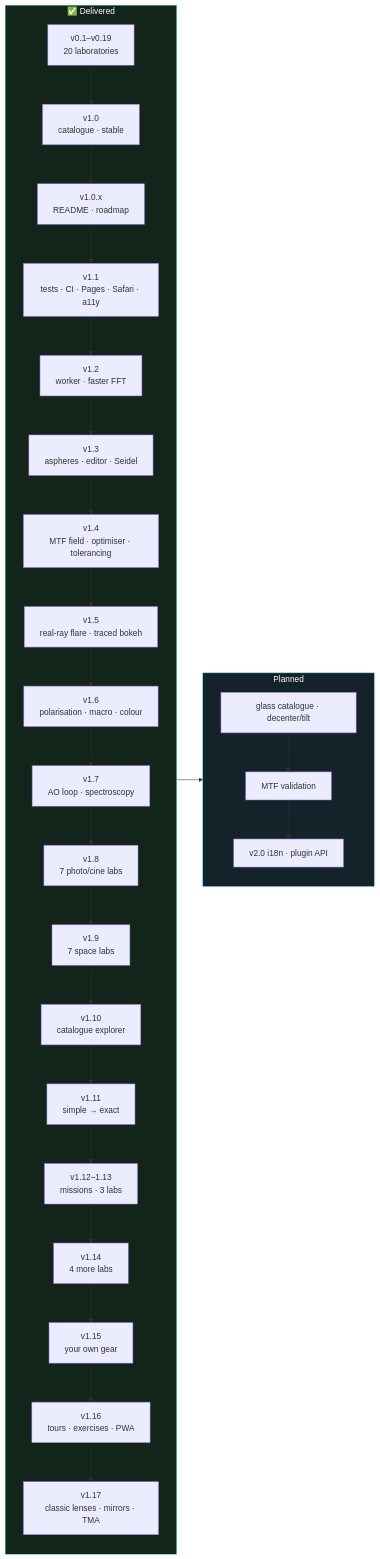
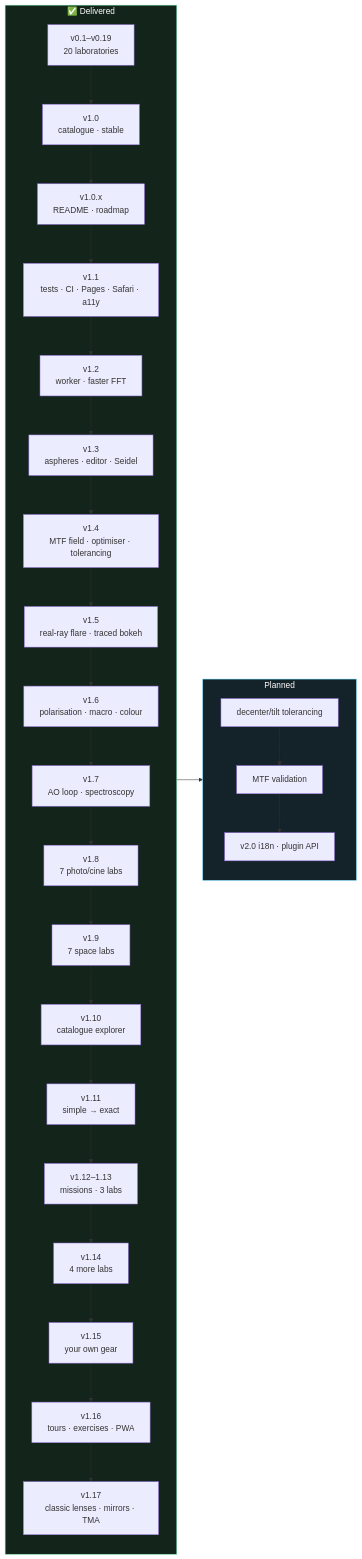
One commit to iiogurt/Optica_Viva changed the diagram in ROADMAP.md. Above: the diagram before and after it, drawn with Mermaid. The commit also changed other lines of this file and 14 other files, not shown here.

First line of the commit message:
feat(glass): 431-glass SCHOTT, OHARA and CDGM catalogue with a glass-map picker (#119)

````diff
--- a/ROADMAP.md
+++ b/ROADMAP.md
@@ -57,14 +57,14 @@
 ```mermaid
 flowchart LR
     subgraph Done["✅ Delivered"]
         direction TB
         D0["v0.1–v0.19<br/>20 laboratories"] --> D1["v1.0<br/>catalogue · stable"] --> D2["v1.0.x<br/>README · roadmap"] --> D3["v1.1<br/>tests · CI · Pages · Safari · a11y"] --> D4["v1.2<br/>worker · faster FFT"] --> D5["v1.3<br/>aspheres · editor · Seidel"] --> D6["v1.4<br/>MTF field · optimiser · tolerancing"] --> D7["v1.5<br/>real-ray flare · traced bokeh"] --> D8["v1.6<br/>polarisation · macro · colour"] --> D9["v1.7<br/>AO loop · spectroscopy"] --> D10["v1.8<br/>7 photo/cine labs"] --> D11["v1.9<br/>7 space labs"] --> D12["v1.10<br/>catalogue explorer"] --> D13["v1.11<br/>simple → exact"] --> D14["v1.12–1.13<br/>missions · 3 labs"] --> D15["v1.14<br/>4 more labs"] --> D16["v1.15<br/>your own gear"] --> D17["v1.16<br/>tours · exercises · PWA"] --> D18["v1.17<br/>classic lenses · mirrors · TMA"]
     end
     subgraph Next["Planned"]
         direction TB
-        N11["glass catalogue · decenter/tilt"] --> N10["MTF validation"] --> N7["v2.0 i18n · plugin API"]
+        N11["decenter/tilt tolerancing"] --> N10["MTF validation"] --> N7["v2.0 i18n · plugin API"]
     end
     Done --> Next
     style Done fill:#13241b,stroke:#6be3a4,color:#fff
     style Next fill:#14222a,stroke:#6ad7ff,color:#fff
 ```
````
